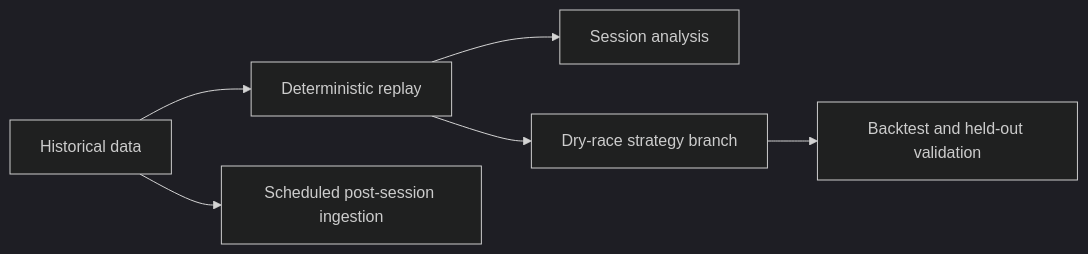
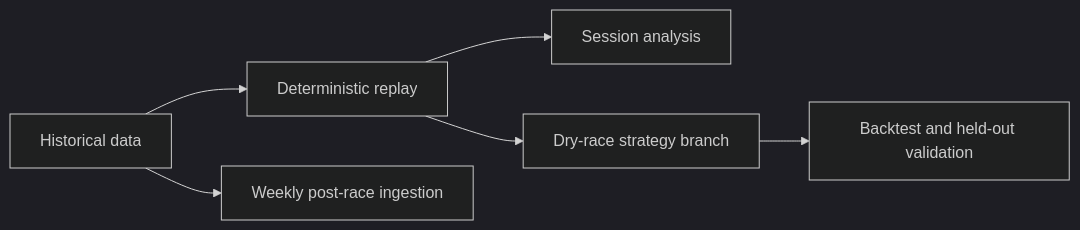
One commit to mohika05/pitwall changed the diagram in docs/implementation-status.md. Above: the diagram before and after it, drawn with Mermaid (dark theme). The commit also changed other lines of this file and 4 other files, not shown here.

Commit message:
update historical ingestion to after race

````diff
--- a/docs/implementation-status.md
+++ b/docs/implementation-status.md
@@ -6,8 +6,8 @@
 ```mermaid
 flowchart LR
     DATA[Historical data] --> REPLAY[Deterministic replay]
     REPLAY --> ANALYZE[Session analysis]
     REPLAY --> STRATEGY[Dry-race strategy branch]
     STRATEGY --> VALIDATE[Backtest and held-out validation]
-    DATA --> AUTO[Scheduled post-session ingestion]
+    DATA --> AUTO[Weekly post-race ingestion]
 ```
````
